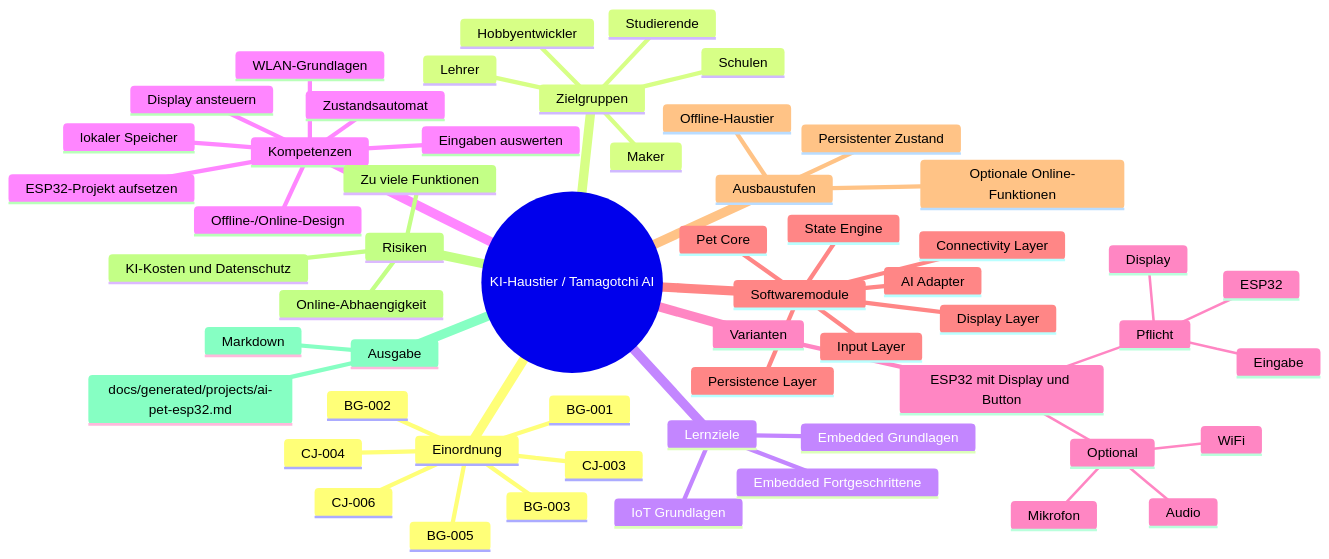
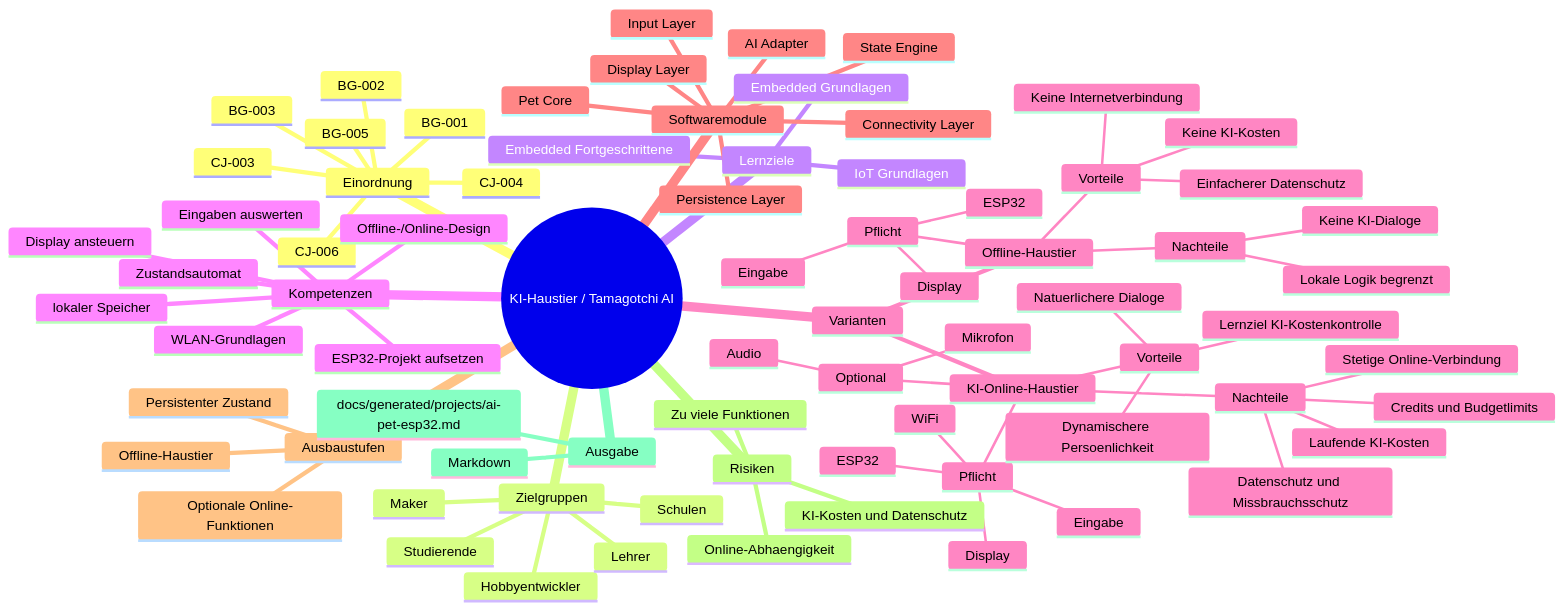
The diagram in docs/generated/mindmaps/ai-pet-esp32.md (svenjohanson-web/GerNetiX), drawn with Mermaid before and after one commit. The commit also changed 88 other files, not shown here.

````diff
--- a/docs/generated/mindmaps/ai-pet-esp32.md
+++ b/docs/generated/mindmaps/ai-pet-esp32.md
@@ -7,59 +7,80 @@
 ```mermaid
 mindmap
   root((KI-Haustier / Tamagotchi AI))
     Einordnung
       BG-001
       BG-002
       BG-003
       BG-005
       CJ-003
       CJ-004
       CJ-006
     Zielgruppen
       Maker
       Hobbyentwickler
       Studierende
       Lehrer
       Schulen
     Lernziele
       Embedded Grundlagen
       IoT Grundlagen
       Embedded Fortgeschrittene
     Kompetenzen
       ESP32-Projekt aufsetzen
       Display ansteuern
       Eingaben auswerten
       Zustandsautomat
       lokaler Speicher
       WLAN-Grundlagen
       Offline-/Online-Design
     Varianten
-      ESP32 mit Display und Button
+      Offline-Haustier
         Pflicht
           ESP32
           Display
           Eingabe
+        Vorteile
+          Keine Internetverbindung
+          Keine KI-Kosten
+          Einfacherer Datenschutz
+        Nachteile
+          Keine KI-Dialoge
+          Lokale Logik begrenzt
+      KI-Online-Haustier
+        Pflicht
+          ESP32
+          Display
+          Eingabe
+          WiFi
         Optional
-          WiFi
           Audio
           Mikrofon
+        Vorteile
+          Natuerlichere Dialoge
+          Dynamischere Persoenlichkeit
+          Lernziel KI-Kostenkontrolle
+        Nachteile
+          Stetige Online-Verbindung
+          Laufende KI-Kosten
+          Credits und Budgetlimits
+          Datenschutz und Missbrauchsschutz
     Softwaremodule
       Pet Core
       State Engine
       Display Layer
       Input Layer
       Persistence Layer
       Connectivity Layer
       AI Adapter
     Ausbaustufen
       Offline-Haustier
       Persistenter Zustand
       Optionale Online-Funktionen
     Risiken
       Zu viele Funktionen
       Online-Abhaengigkeit
       KI-Kosten und Datenschutz
     Ausgabe
       Markdown
       docs/generated/projects/ai-pet-esp32.md
 ```
````
